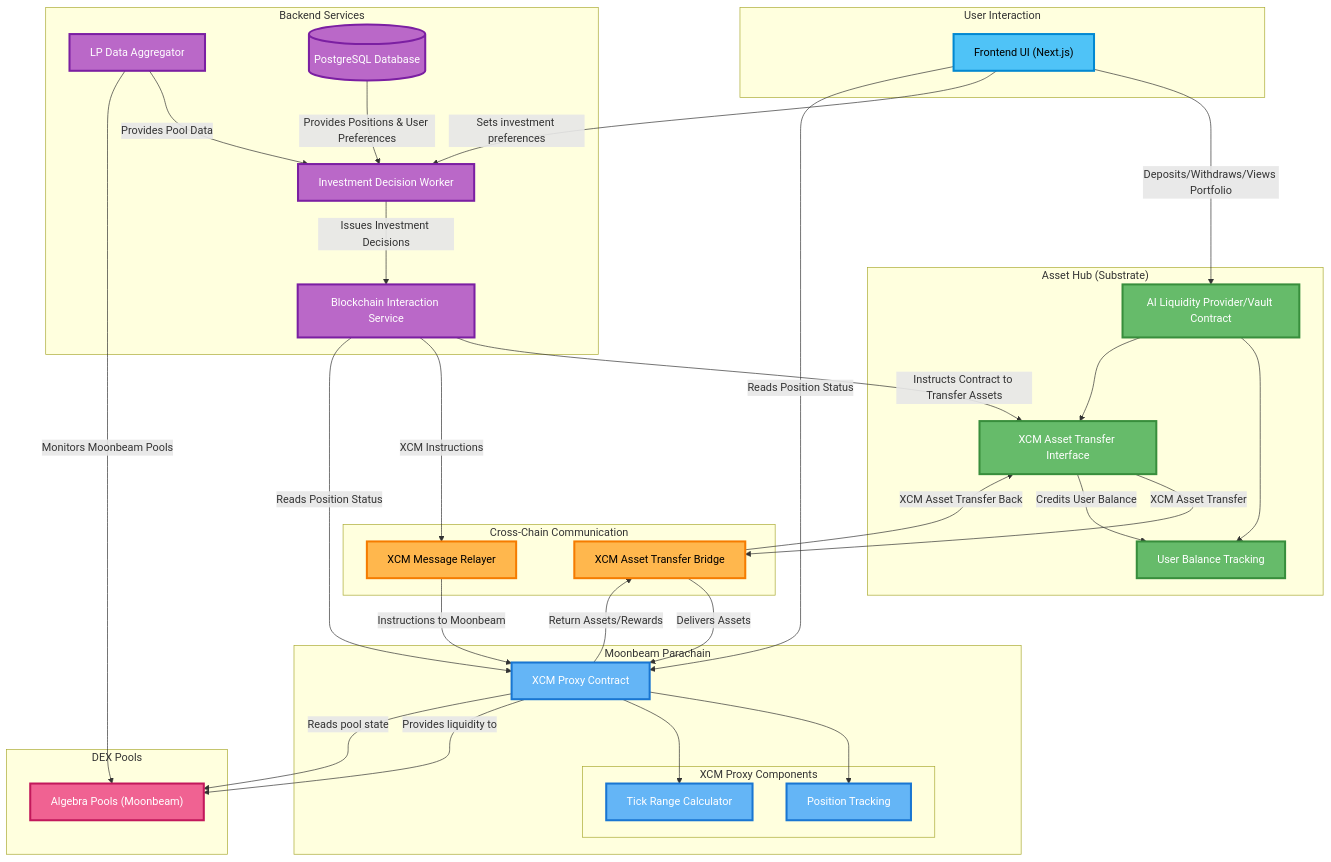
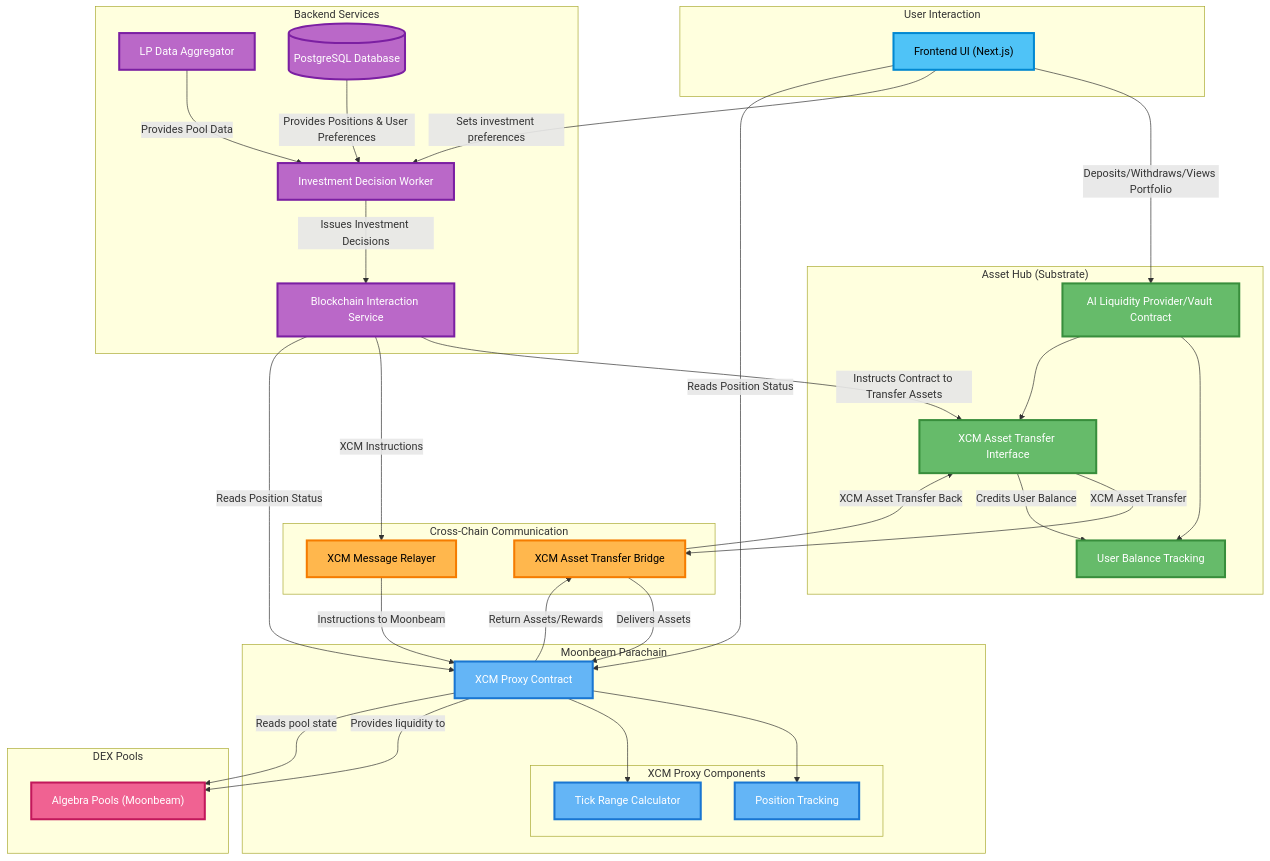
The diagram in applications/LiquiDot.md (w3f/Grants-Program), drawn with Mermaid before and after one commit.

```diff
--- a/applications/LiquiDot.md
+++ b/applications/LiquiDot.md
@@ -85,17 +85,13 @@
     XCMProxy -->|Provides liquidity to| AlgebraPools
     XCMProxy -->|Reads pool state| AlgebraPools
 
-    %% Return Asset Flows
     XCMProxy -->|Return Assets/Rewards| AssetBridge
     AssetBridge -->|XCM Asset Transfer Back| AssetTransfer
     AssetTransfer -->|Credits User Balance| UserBalances
 
-    %% Data Reading Flows
     Frontend -->|Reads Position Status| XCMProxy
     InvestmentDecision -->|Reads Position Status| XCMProxy
-    PoolAnalytics -->|Monitors Moonbeam Pools| AlgebraPools
 
-    %% Enhanced Styling with Better Colors
     classDef userLayer fill:#4fc3f7,stroke:#0288d1,stroke-width:3px,color:#000
     classDef backendLayer fill:#ba68c8,stroke:#7b1fa2,stroke-width:3px,color:#fff
     classDef assetHubLayer fill:#66bb6a,stroke:#388e3c,stroke-width:3px,color:#fff
```
